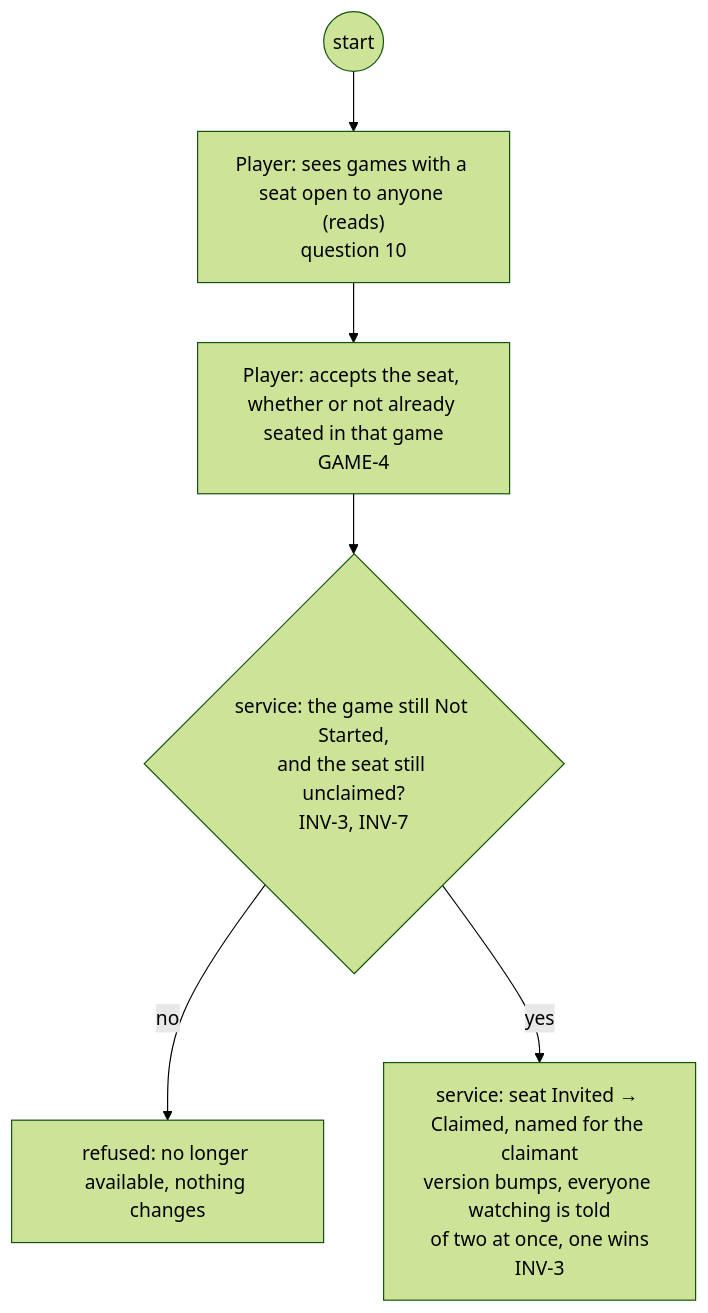
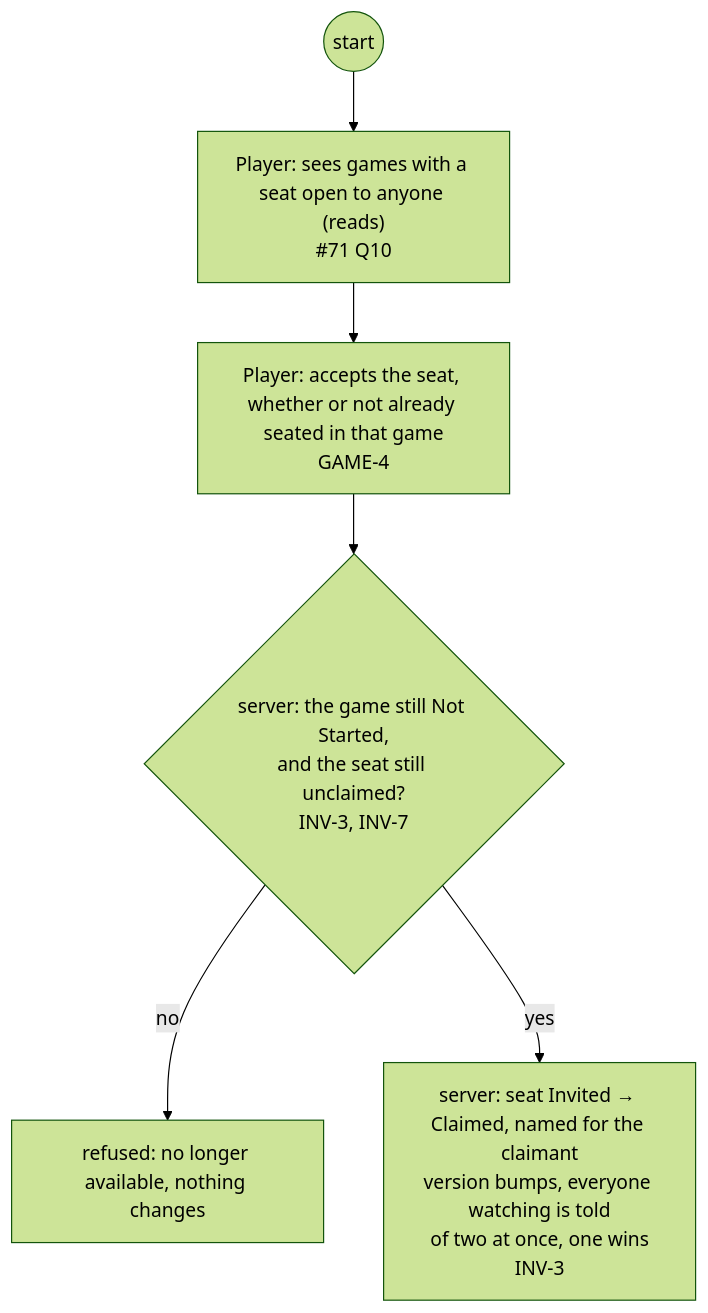
Diagram 12 of 29 in docs/changes/workstreams/application-game-architecture/71-one-game-model/71-functional.md (delphside/programme), drawn with Mermaid (forest theme) before and after one commit. The commit also changed other lines of this file, not shown here.

First line of the commit message:
app 0.9.2 api 2.16: 71: Tile Lite Elite Server, server steps, and question references name #71

````diff
--- a/docs/changes/workstreams/application-game-architecture/71-one-game-model/71-functional.md
+++ b/docs/changes/workstreams/application-game-architecture/71-one-game-model/71-functional.md
@@ -260,8 +260,8 @@
 ```mermaid
 flowchart TD
-  s0((start)) --> p1["Player: sees games with a seat open to anyone (reads)<br/>question 10"]
+  s0((start)) --> p1["Player: sees games with a seat open to anyone (reads)<br/>#71 Q10"]
   p1 --> p2["Player: accepts the seat, whether or not already seated in that game<br/>GAME-4"]
-  p2 --> v1{"service: the game still Not Started,<br/>and the seat still unclaimed?<br/>INV-3, INV-7"}
+  p2 --> v1{"server: the game still Not Started,<br/>and the seat still unclaimed?<br/>INV-3, INV-7"}
   v1 -- no --> r1["refused: no longer available, nothing changes"]
-  v1 -- yes --> t1["service: seat Invited → Claimed, named for the claimant<br/>version bumps, everyone watching is told<br/>of two at once, one wins<br/>INV-3"]
+  v1 -- yes --> t1["server: seat Invited → Claimed, named for the claimant<br/>version bumps, everyone watching is told<br/>of two at once, one wins<br/>INV-3"]
 ```
````
